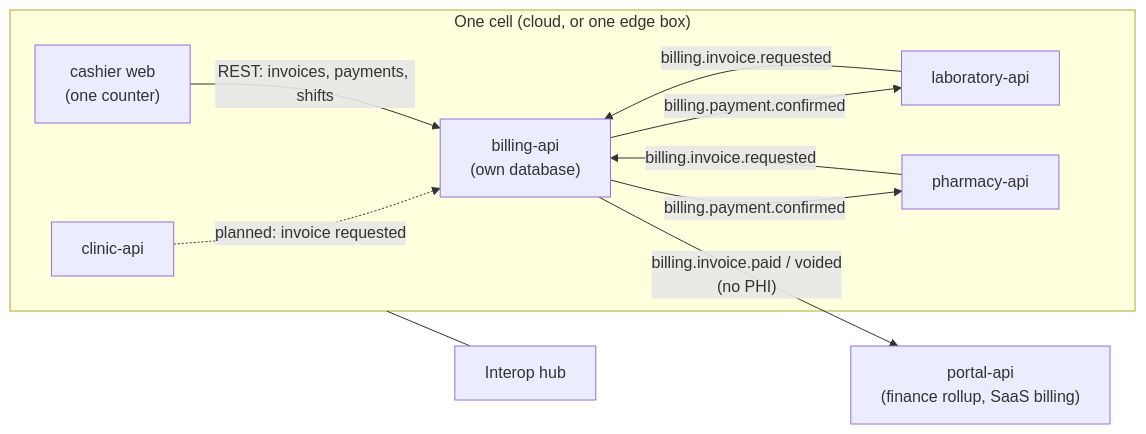
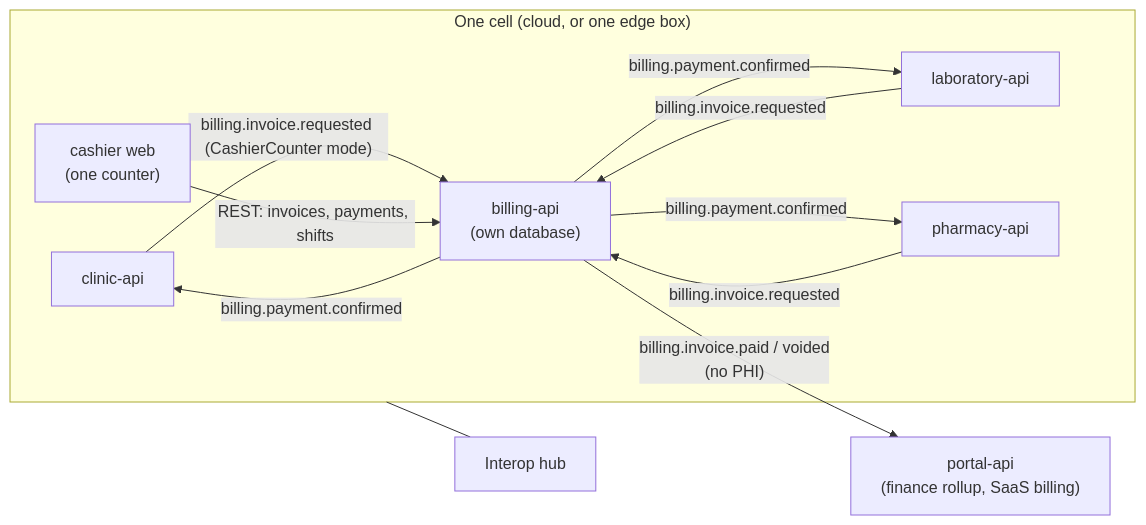
One commit to NextStep-Software-Solutions-Inc/clinicez-arch2 changed the first of 2 diagrams in docs/architecture/billing.md. Above: the diagram before and after it, drawn with Mermaid. The commit also changed other lines of this file and 8 other files, not shown here.

````diff
--- a/docs/architecture/billing.md
+++ b/docs/architecture/billing.md
@@ -23,21 +23,22 @@
 ```mermaid
 flowchart LR
   subgraph cell["One cell (cloud, or one edge box)"]
     clinic["clinic-api"]
     lab["laboratory-api"]
     pharm["pharmacy-api"]
     bill["billing-api<br/>(own database)"]
     cashier["cashier web<br/>(one counter)"]
   end
   hub["Interop hub"]
   portal["portal-api<br/>(finance rollup, SaaS billing)"]
 
   lab -- "billing.invoice.requested" --> bill
   pharm -- "billing.invoice.requested" --> bill
-  clinic -. "planned: invoice requested" .-> bill
+  clinic -- "billing.invoice.requested (CashierCounter mode)" --> bill
   bill -- "billing.payment.confirmed" --> lab
   bill -- "billing.payment.confirmed" --> pharm
+  bill -- "billing.payment.confirmed" --> clinic
   cashier -- "REST: invoices, payments, shifts" --> bill
   bill -- "billing.invoice.paid / voided<br/>(no PHI)" --> portal
   cell --- hub
 ```
````
